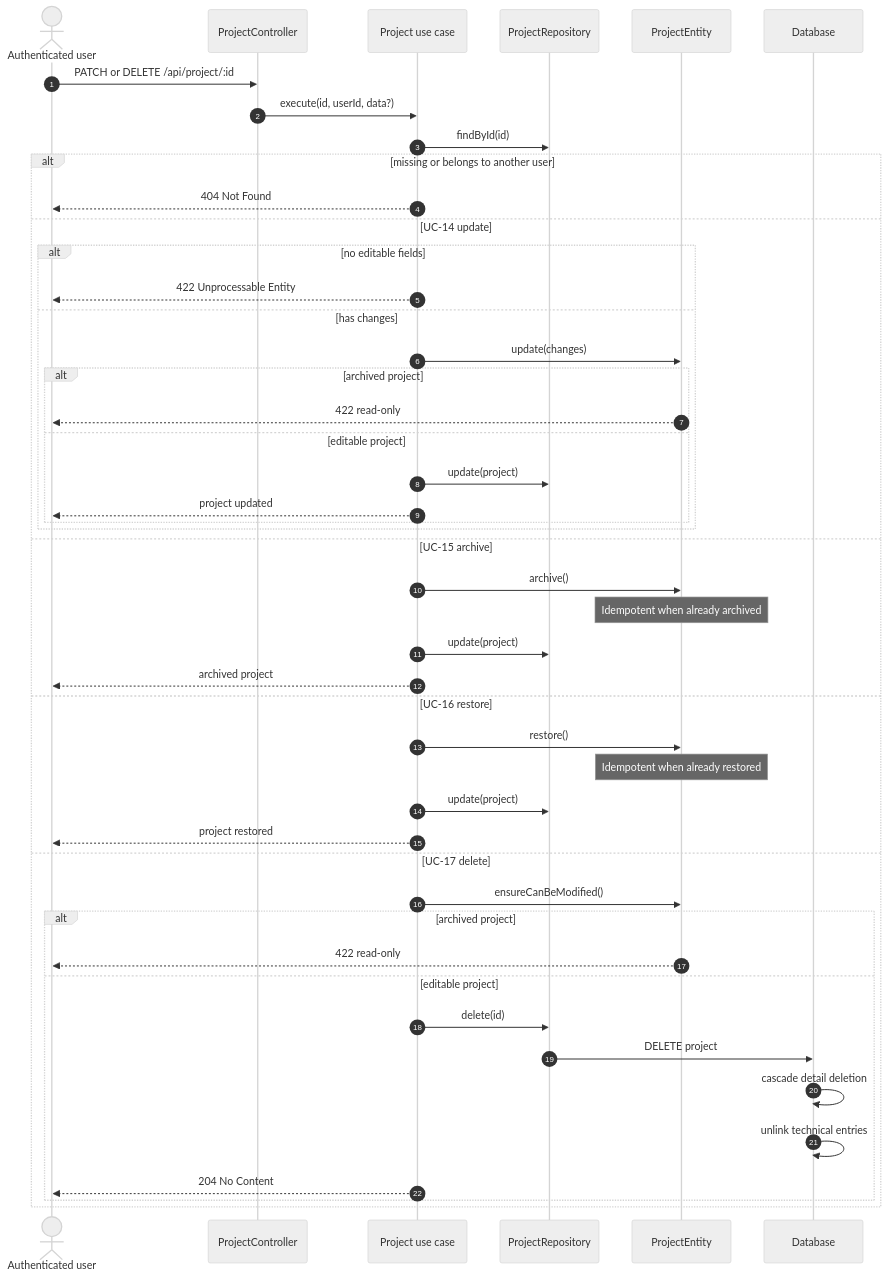
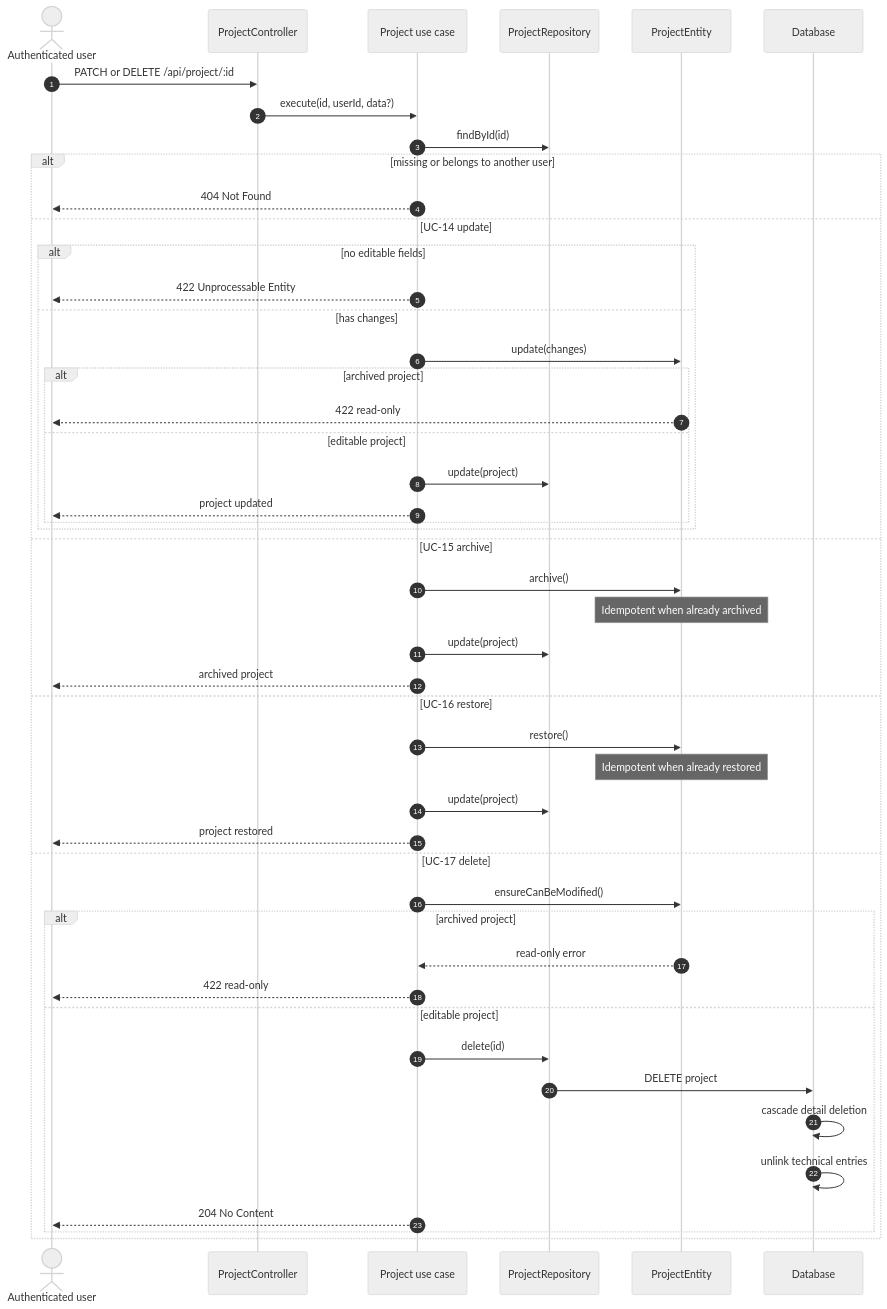
One commit to Lucalopezz/DevLog changed the third of 7 diagrams in docs/diagrams/sequences/projects.md. Above: the diagram before and after it, drawn with Mermaid (neutral theme). The commit also changed other lines of this file and 8 other files, not shown here.

````diff
--- a/docs/diagrams/sequences/projects.md
+++ b/docs/diagrams/sequences/projects.md
@@ -82,50 +82,51 @@
 ```mermaid
 sequenceDiagram
     autonumber
     actor UserActor as Authenticated user
     participant C as ProjectController
     participant UC as Project use case
     participant PRepo as ProjectRepository
     participant Project as ProjectEntity
     participant DB as Database
 
     UserActor->>C: PATCH or DELETE /api/project/:id
     C->>UC: execute(id, userId, data?)
     UC->>PRepo: findById(id)
     alt missing or belongs to another user
         UC-->>UserActor: 404 Not Found
     else UC-14 update
         alt no editable fields
             UC-->>UserActor: 422 Unprocessable Entity
         else has changes
             UC->>Project: update(changes)
             alt archived project
                 Project-->>UserActor: 422 read-only
             else editable project
                 UC->>PRepo: update(project)
                 UC-->>UserActor: project updated
             end
         end
     else UC-15 archive
         UC->>Project: archive()
         Note over Project: Idempotent when already archived
         UC->>PRepo: update(project)
         UC-->>UserActor: archived project
     else UC-16 restore
         UC->>Project: restore()
         Note over Project: Idempotent when already restored
         UC->>PRepo: update(project)
         UC-->>UserActor: project restored
     else UC-17 delete
         UC->>Project: ensureCanBeModified()
         alt archived project
-            Project-->>UserActor: 422 read-only
+            Project-->>UC: read-only error
+            UC-->>UserActor: 422 read-only
         else editable project
             UC->>PRepo: delete(id)
             PRepo->>DB: DELETE project
             DB->>DB: cascade detail deletion
             DB->>DB: unlink technical entries
             UC-->>UserActor: 204 No Content
         end
     end
 ```
````
